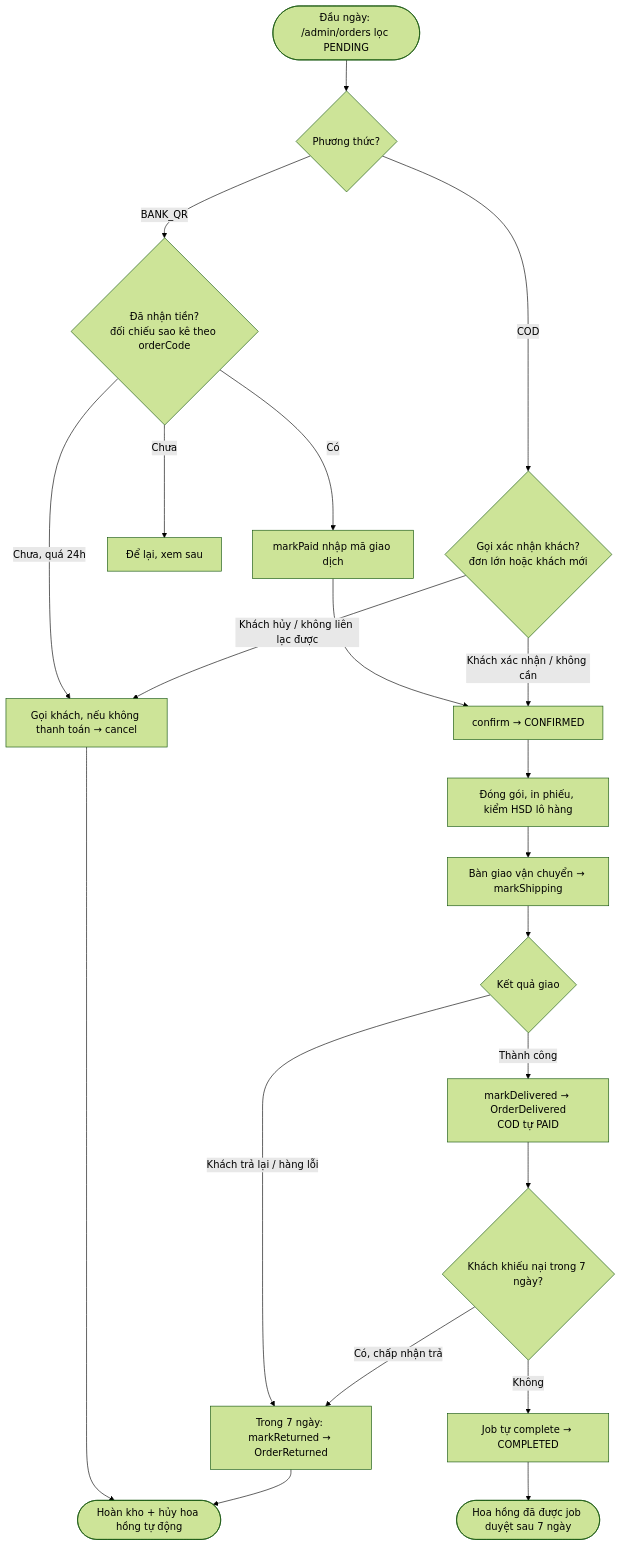
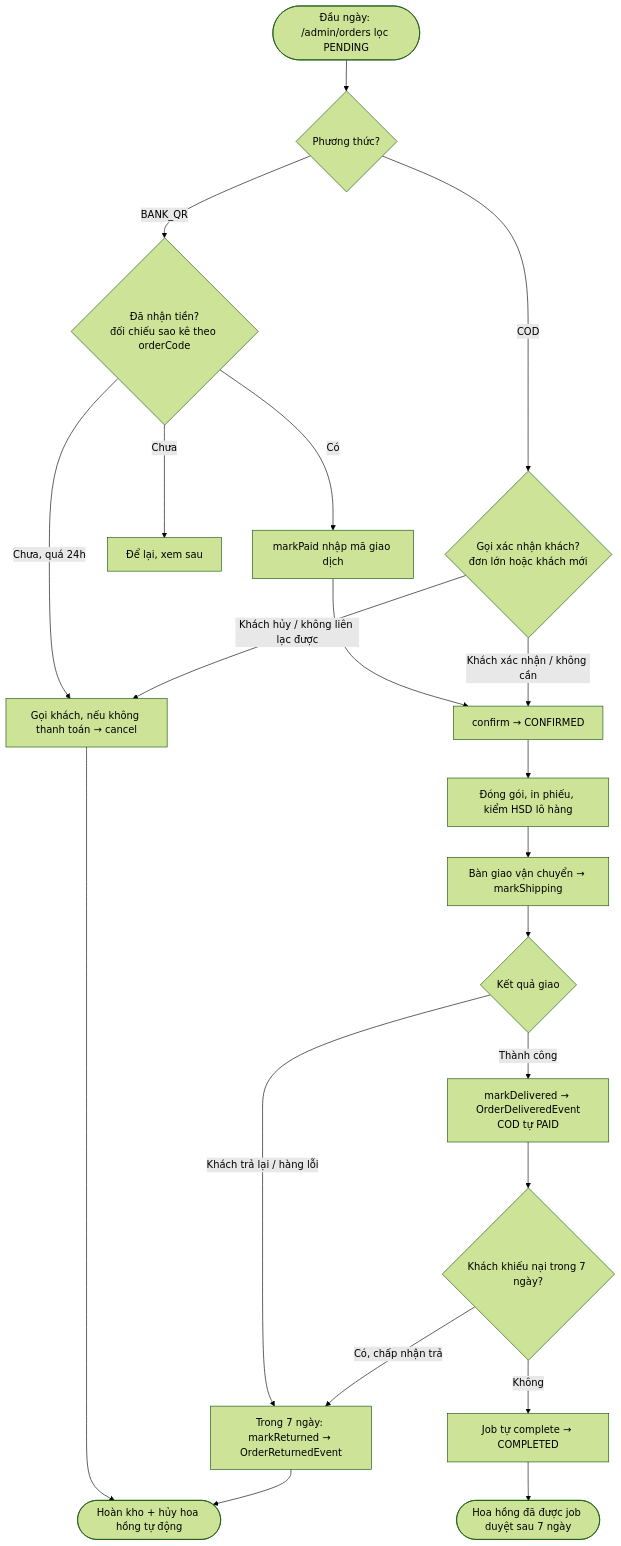
Before and after one commit to Vietnguyen203/Hwingroupweb: the sixth of 7 diagrams in docs/04-workflows.md, drawn with Mermaid (forest theme). The commit also changed other lines of this file and 415 other files, not shown here.

````diff
--- a/docs/04-workflows.md
+++ b/docs/04-workflows.md
@@ -176,22 +176,22 @@
 ```mermaid
 flowchart TD
     A([Đầu ngày: /admin/orders lọc PENDING]) --> PM{Phương thức?}
     PM -- BANK_QR --> BQ{Đã nhận tiền?<br/>đối chiếu sao kê theo orderCode}
     BQ -- Có --> PAID[markPaid nhập mã giao dịch] --> CF
     BQ -- Chưa, quá 24h --> CX[Gọi khách, nếu không thanh toán → cancel]
     BQ -- Chưa --> NEXT[Để lại, xem sau]
     PM -- COD --> CALL{Gọi xác nhận khách?<br/>đơn lớn hoặc khách mới}
     CALL -- Khách xác nhận / không cần --> CF[confirm → CONFIRMED]
     CALL -- Khách hủy / không liên lạc được --> CX
     CF --> PACK[Đóng gói, in phiếu, kiểm HSD lô hàng]
     PACK --> SH[Bàn giao vận chuyển → markShipping]
     SH --> DL{Kết quả giao}
-    DL -- Thành công --> DV[markDelivered → OrderDelivered<br/>COD tự PAID]
-    DL -- Khách trả lại / hàng lỗi --> RT[Trong 7 ngày: markReturned → OrderReturned]
+    DL -- Thành công --> DV[markDelivered → OrderDeliveredEvent<br/>COD tự PAID]
+    DL -- Khách trả lại / hàng lỗi --> RT[Trong 7 ngày: markReturned → OrderReturnedEvent]
     DV --> WIN{Khách khiếu nại trong 7 ngày?}
     WIN -- Có, chấp nhận trả --> RT
     WIN -- Không --> CP[Job tự complete → COMPLETED]
     CX --> E([Hoàn kho + hủy hoa hồng tự động])
     RT --> E
     CP --> E2([Hoa hồng đã được job duyệt sau 7 ngày])
 ```
````
